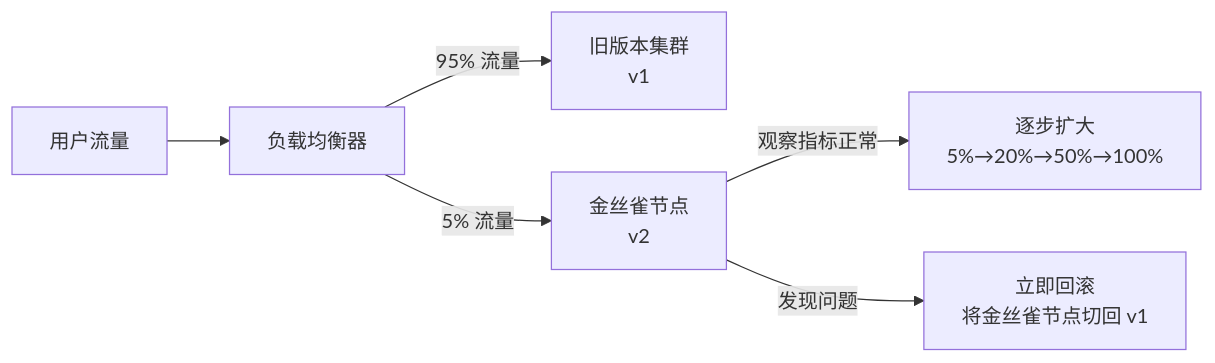
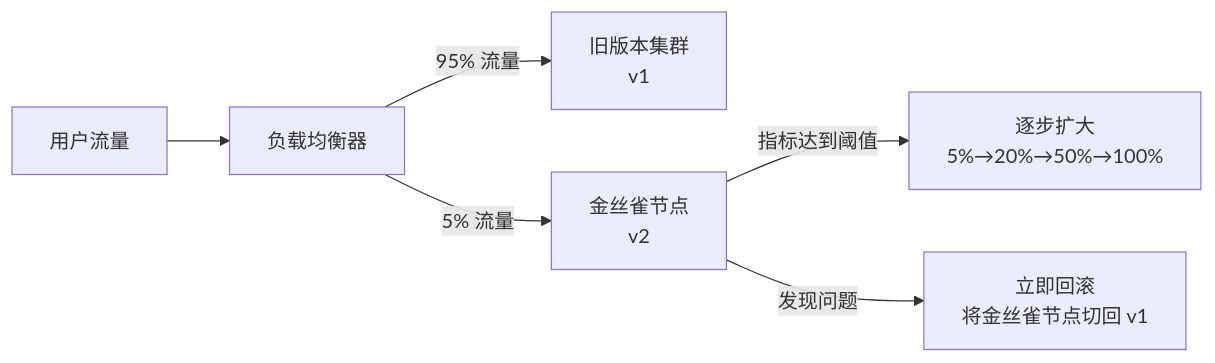
Before and after one commit to b1tzer/the-stack: the fourth of 5 diagrams in docs/engineering/06-engineering-practices/chapter-04-cicd.md, drawn with Mermaid. The commit also changed other lines of this file and 5 other files, not shown here.

````diff
--- a/docs/engineering/06-engineering-practices/chapter-04-cicd.md
+++ b/docs/engineering/06-engineering-practices/chapter-04-cicd.md
@@ -84,8 +94,8 @@
 ```mermaid
 flowchart LR
     USER[用户流量] --> LB[负载均衡器]
     LB -->|95% 流量| OLD[旧版本集群<br>v1]
     LB -->|5% 流量| NEW[金丝雀节点<br>v2]
-    NEW -->|观察指标正常| EXPAND[逐步扩大<br>5%→20%→50%→100%]
+    NEW -->|指标达到阈值| EXPAND[逐步扩大<br>5%→20%→50%→100%]
     NEW -->|发现问题| ROLLBACK[立即回滚<br>将金丝雀节点切回 v1]
 ```
````
